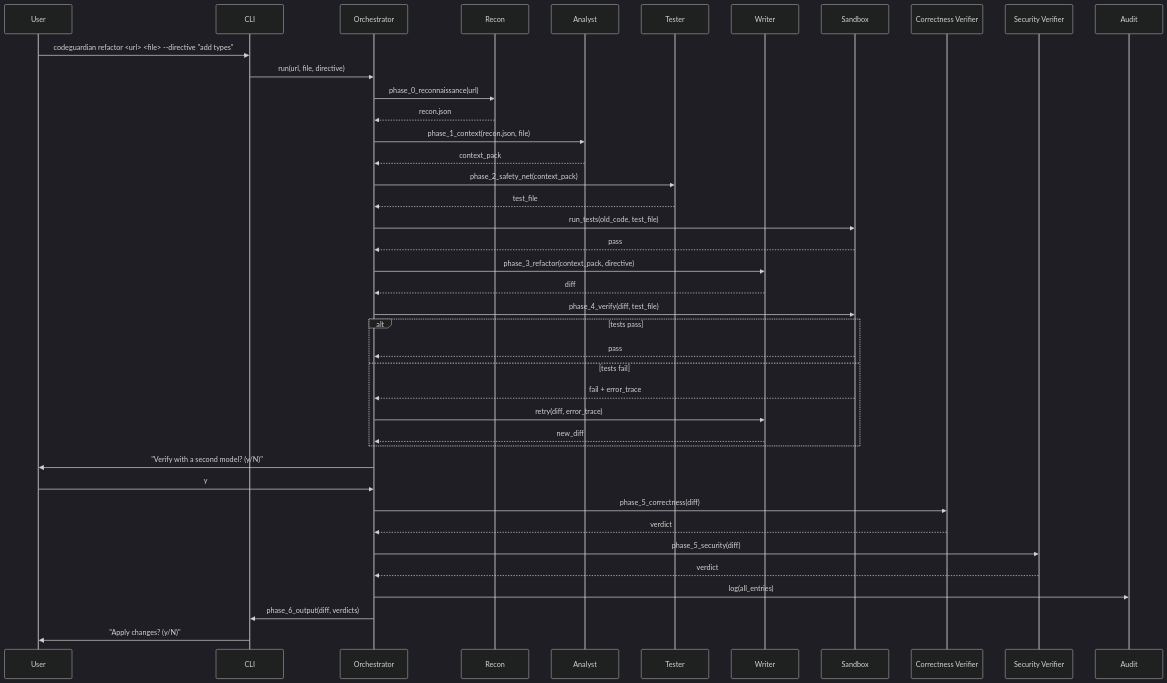
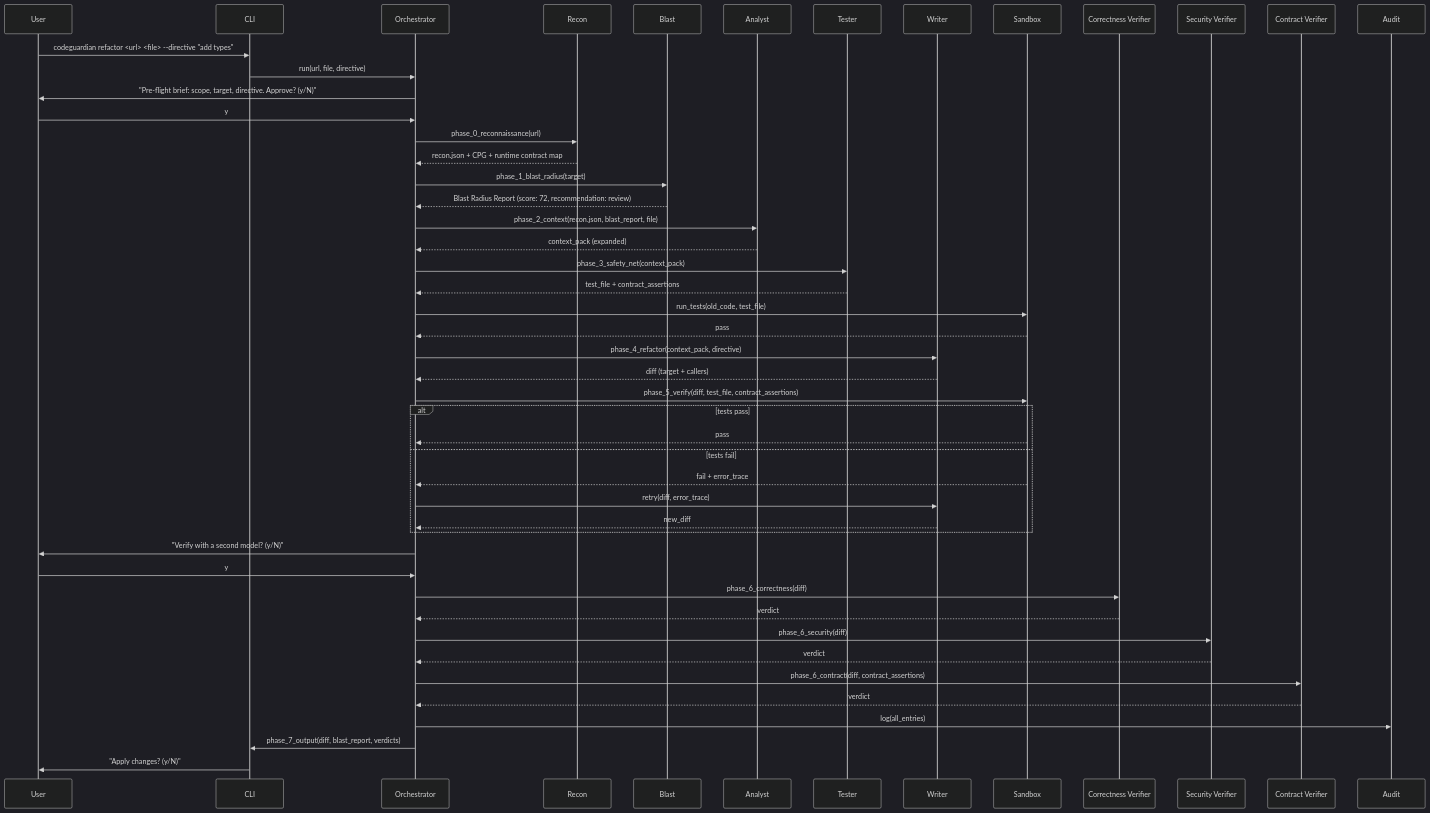
Before and after one commit to arubara2021/CodeGuardian: diagram 22 of 25 in docs/04-architecture.md, drawn with Mermaid (dark theme). The commit also changed other lines of this file and 5 other files, not shown here.

````diff
--- a/docs/04-architecture.md
+++ b/docs/04-architecture.md
@@ -1038,44 +1284,52 @@
 ```mermaid
 sequenceDiagram
     participant User
     participant CLI
     participant Orchestrator
     participant Recon
+    participant Blast
     participant Analyst
     participant Tester
     participant Writer
     participant Sandbox
     participant CV as Correctness Verifier
     participant SV as Security Verifier
+    participant CtV as Contract Verifier
     participant Audit
 
     User->>CLI: codeguardian refactor <url> <file> --directive "add types"
     CLI->>Orchestrator: run(url, file, directive)
+    Orchestrator->>User: "Pre-flight brief: scope, target, directive. Approve? (y/N)"
+    User->>Orchestrator: y
     Orchestrator->>Recon: phase_0_reconnaissance(url)
-    Recon-->>Orchestrator: recon.json
-    Orchestrator->>Analyst: phase_1_context(recon.json, file)
-    Analyst-->>Orchestrator: context_pack
-    Orchestrator->>Tester: phase_2_safety_net(context_pack)
-    Tester-->>Orchestrator: test_file
+    Recon-->>Orchestrator: recon.json + CPG + runtime contract map
+    Orchestrator->>Blast: phase_1_blast_radius(target)
+    Blast-->>Orchestrator: Blast Radius Report (score: 72, recommendation: review)
+    Orchestrator->>Analyst: phase_2_context(recon.json, blast_report, file)
+    Analyst-->>Orchestrator: context_pack (expanded)
+    Orchestrator->>Tester: phase_3_safety_net(context_pack)
+    Tester-->>Orchestrator: test_file + contract_assertions
     Orchestrator->>Sandbox: run_tests(old_code, test_file)
     Sandbox-->>Orchestrator: pass
-    Orchestrator->>Writer: phase_3_refactor(context_pack, directive)
-    Writer-->>Orchestrator: diff
-    Orchestrator->>Sandbox: phase_4_verify(diff, test_file)
+    Orchestrator->>Writer: phase_4_refactor(context_pack, directive)
+    Writer-->>Orchestrator: diff (target + callers)
+    Orchestrator->>Sandbox: phase_5_verify(diff, test_file, contract_assertions)
     alt tests pass
         Sandbox-->>Orchestrator: pass
     else tests fail
         Sandbox-->>Orchestrator: fail + error_trace
         Orchestrator->>Writer: retry(diff, error_trace)
         Writer-->>Orchestrator: new_diff
     end
     Orchestrator->>User: "Verify with a second model? (y/N)"
     User->>Orchestrator: y
-    Orchestrator->>CV: phase_5_correctness(diff)
+    Orchestrator->>CV: phase_6_correctness(diff)
     CV-->>Orchestrator: verdict
-    Orchestrator->>SV: phase_5_security(diff)
+    Orchestrator->>SV: phase_6_security(diff)
     SV-->>Orchestrator: verdict
+    Orchestrator->>CtV: phase_6_contract(diff, contract_assertions)
+    CtV-->>Orchestrator: verdict
     Orchestrator->>Audit: log(all_entries)
-    Orchestrator->>CLI: phase_6_output(diff, verdicts)
+    Orchestrator->>CLI: phase_7_output(diff, blast_report, verdicts)
     CLI->>User: "Apply changes? (y/N)"
 ```
````
